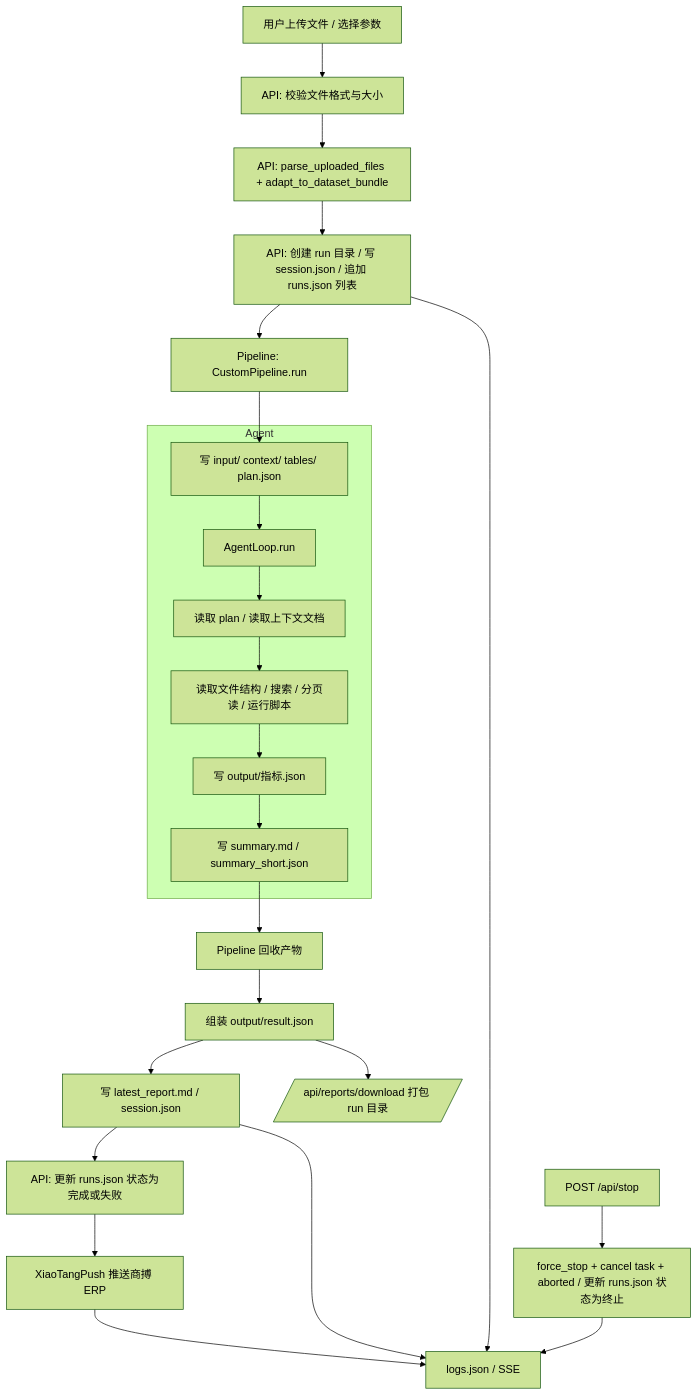
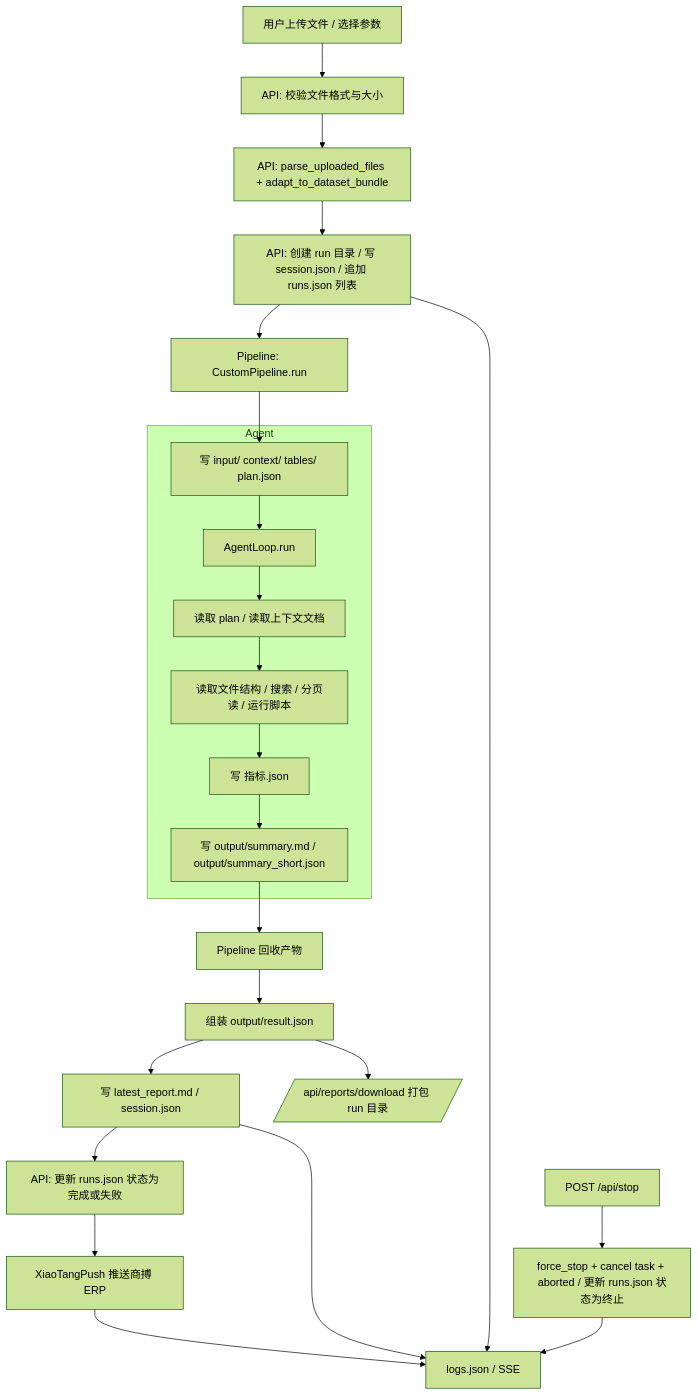
One commit to FuLuTang/AI-Store-Analysis-System changed the diagram in docs/经营分析/架构设计.md. Above: the diagram before and after it, drawn with Mermaid (forest theme). The commit also changed other lines of this file and 2 other files, not shown here.

````diff
--- a/docs/经营分析/架构设计.md
+++ b/docs/经营分析/架构设计.md
@@ -5,30 +5,30 @@
 ```mermaid
 flowchart TD
     A[用户上传文件 / 选择参数] --> B[API: 校验文件格式与大小]
     B --> C[API: parse_uploaded_files + adapt_to_dataset_bundle]
     C --> D[API: 创建 run 目录 / 写 session.json / 追加 runs.json 列表]
     D --> E[Pipeline: CustomPipeline.run]
 
         E --> E1[写 input/ context/ tables/ plan.json]
 
     subgraph P2[Agent]
         E1 --> F[AgentLoop.run]
         F --> G[读取 plan / 读取上下文文档]
         G --> H[读取文件结构 / 搜索 / 分页读 / 运行脚本]
-        H --> I[写 output/指标.json]
-        I --> J[写 summary.md / summary_short.json]
+        H --> I[写 指标.json]
+        I --> J[写 output/summary.md / output/summary_short.json]
     end
 
         J --> K[Pipeline 回收产物]
         K --> L[组装 output/result.json]
         L --> M[写 latest_report.md / session.json]
         M --> U[API: 更新 runs.json 状态为完成或失败]
         U --> N[XiaoTangPush 推送商搏 ERP]
 
     N --> O[logs.json / SSE]
     M --> O
     D --> O
     Q[POST /api/stop] --> R[force_stop + cancel task + aborted / 更新 runs.json 状态为终止]
     R --> O
     L --> S[/api/reports/download 打包 run 目录/]
 ```
````
